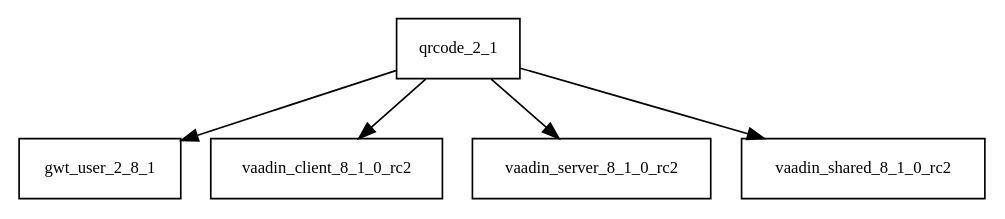
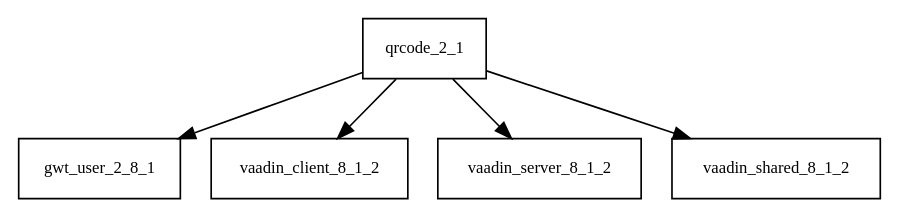
One commit to AglaianWoman/cia changed the diagram in tattleTaleReport/graphviz/qrcode-2.1.jar/qrcode-2.1.jar.dot. Above: the diagram before and after it, drawn with Graphviz. The commit also changed 2149 other files, not shown here.

```diff
--- a/tattleTaleReport/graphviz/qrcode-2.1.jar/qrcode-2.1.jar.dot
+++ b/tattleTaleReport/graphviz/qrcode-2.1.jar/qrcode-2.1.jar.dot
@@ -1,7 +1,7 @@
 digraph qrcode_2_1_dependencies {
   node [shape = box, fontsize=10.0];
   qrcode_2_1 -> gwt_user_2_8_1;
-  qrcode_2_1 -> vaadin_client_8_1_0_rc2;
-  qrcode_2_1 -> vaadin_server_8_1_0_rc2;
-  qrcode_2_1 -> vaadin_shared_8_1_0_rc2;
+  qrcode_2_1 -> vaadin_client_8_1_2;
+  qrcode_2_1 -> vaadin_server_8_1_2;
+  qrcode_2_1 -> vaadin_shared_8_1_2;
 }
```
